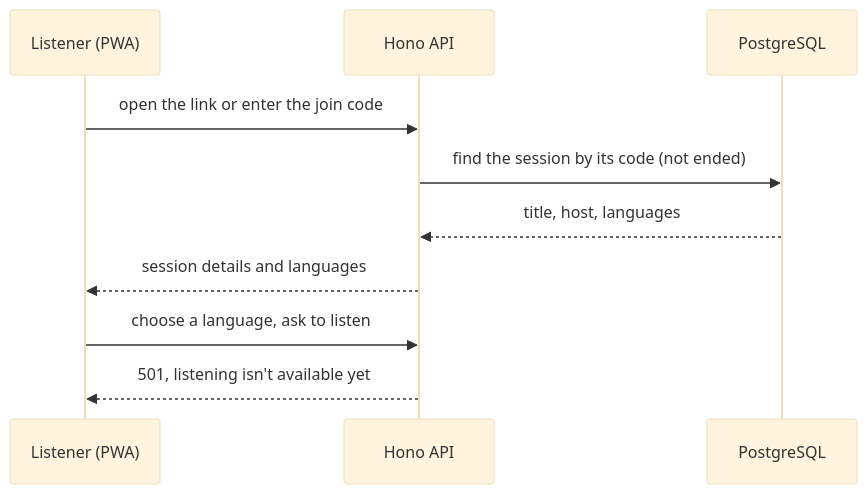
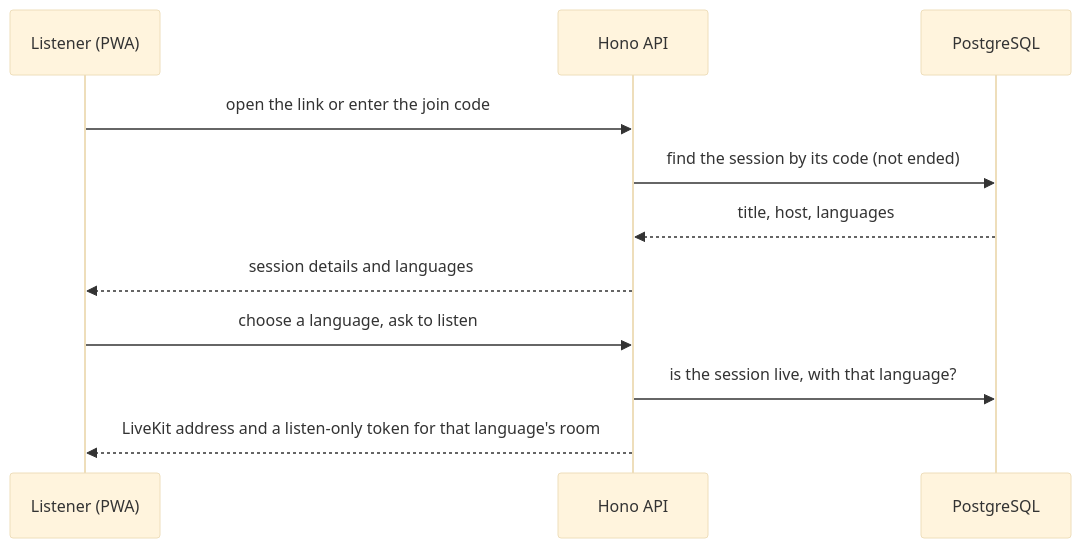
One commit to WH1TE-SHAD0W/ai-dubbing-studio changed the third of 5 diagrams in docs/architecture.md. Above: the diagram before and after it, drawn with Mermaid (base theme). The commit also changed 13 other files, not shown here.

First line of the commit message:
feat: listener token for a live session's language (YGP-71)

````diff
--- a/docs/architecture.md
+++ b/docs/architecture.md
@@ -103,12 +103,13 @@
 ```mermaid
 sequenceDiagram
   participant L as Listener (PWA)
   participant A as Hono API
   participant D as PostgreSQL
   L->>A: open the link or enter the join code
   A->>D: find the session by its code (not ended)
   D-->>A: title, host, languages
   A-->>L: session details and languages
   L->>A: choose a language, ask to listen
-  A-->>L: 501, listening isn't available yet
+  A->>D: is the session live, with that language?
+  A-->>L: LiveKit address and a listen-only token for that language's room
 ```
````
